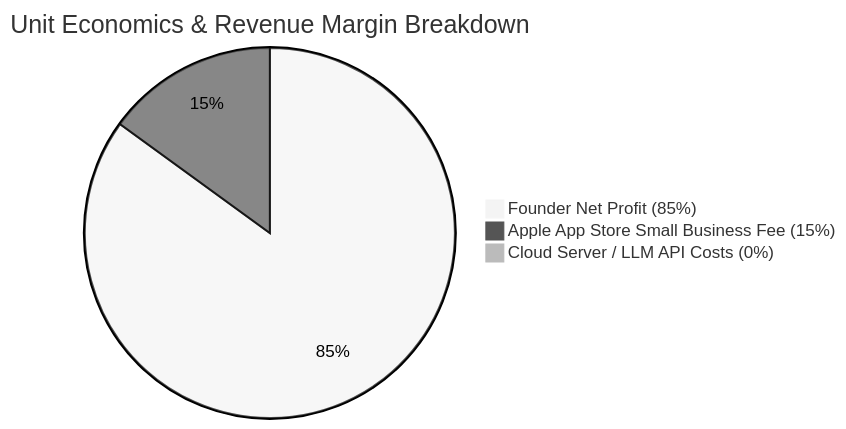
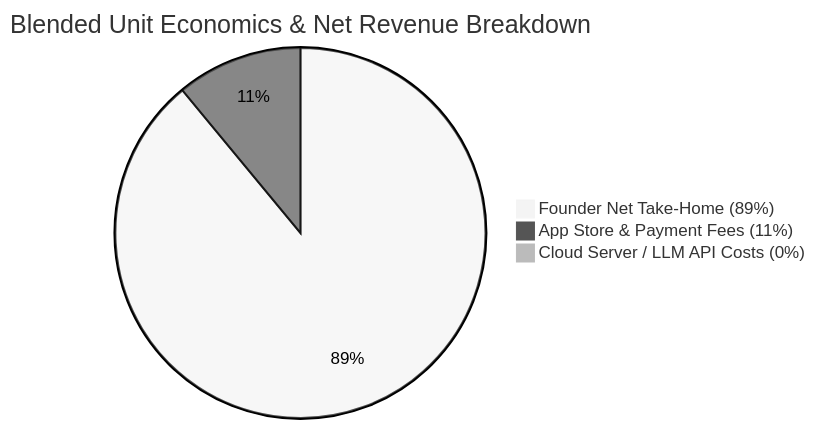
One commit to martinfou/close-caption changed the fifth of 8 diagrams in docs/BUSINESS_PLAN.md. Above: the diagram before and after it, drawn with Mermaid (neutral theme). The commit also changed other lines of this file and 1 other file, not shown here.

Commit message:
docs: treat Android as first-class co-equal platform in business plan and landing page

````diff
--- a/docs/BUSINESS_PLAN.md
+++ b/docs/BUSINESS_PLAN.md
@@ -143,6 +147,6 @@
 ```mermaid
-pie title Unit Economics & Revenue Margin Breakdown
-    "Founder Net Profit (85%)" : 85
-    "Apple App Store Small Business Fee (15%)" : 15
+pie title Blended Unit Economics & Net Revenue Breakdown
+    "Founder Net Take-Home (89%)" : 89
+    "App Store & Payment Fees (11%)" : 11
     "Cloud Server / LLM API Costs (0%)" : 0
 ```
````
